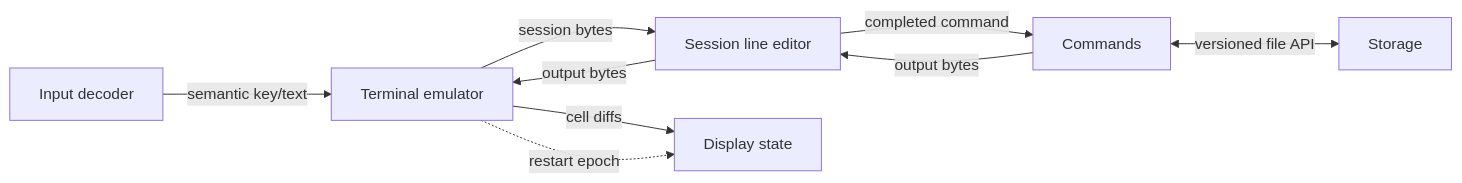
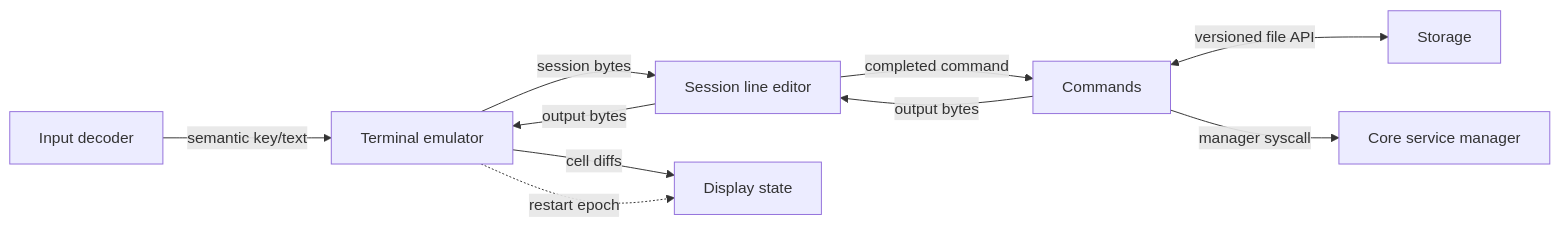
The diagram in docs/processes/terminal.md (Eresea/LogOS), drawn with Mermaid before and after one commit. The commit also changed other lines of this file and 19 other files, not shown here.

Commit message:
feat: add core service manager

````diff
--- a/docs/processes/terminal.md
+++ b/docs/processes/terminal.md
@@ -8,11 +8,12 @@
 ```mermaid
 flowchart LR
     I[Input decoder] -->|semantic key/text| T[Terminal emulator]
     T -->|session bytes| S[Session line editor]
     S -->|completed command| C[Commands]
     C -->|output bytes| S
     C <-->|versioned file API| V[Storage]
+    C -->|manager syscall| M[Core service manager]
     S -->|output bytes| T
     T -->|cell diffs| D[Display state]
     T -. restart epoch .-> D
 ```
````
